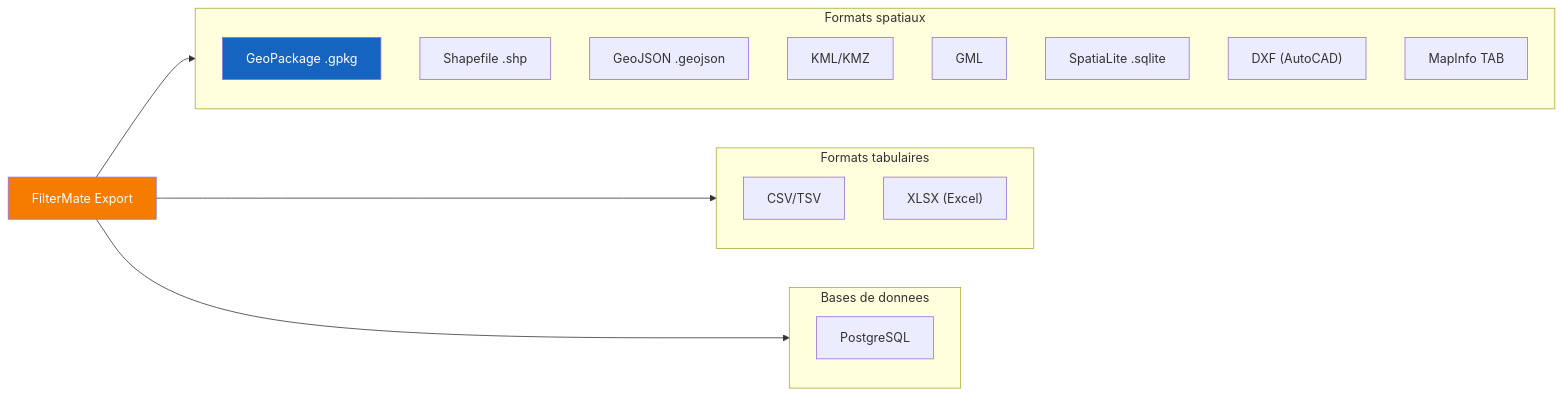
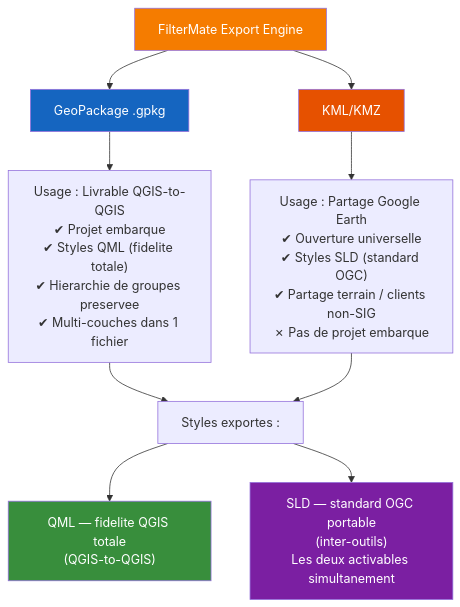
Before and after one commit to imagodata/filter_mate: diagram 12 of 23 in website/TUTORIAL_SERIES_AUDIT.md, drawn with Mermaid. The commit also changed other lines of this file and 10 other files, not shown here.

First line of the commit message:
Add 10 tutorial video scripts with 46 Mermaid diagrams (5997 lines)

````diff
--- a/website/TUTORIAL_SERIES_AUDIT.md
+++ b/website/TUTORIAL_SERIES_AUDIT.md
@@ -563,29 +615,23 @@
 ```mermaid
-graph LR
-    subgraph SPATIAL["Formats spatiaux"]
-        F1["GeoPackage .gpkg"]
-        F2["Shapefile .shp"]
-        F3["GeoJSON .geojson"]
-        F4["KML/KMZ"]
-        F5["GML"]
-        F6["SpatiaLite .sqlite"]
-        F7["DXF (AutoCAD)"]
-        F8["MapInfo TAB"]
-    end
+flowchart TD
+    EXPORT["FilterMate Export Engine"]
 
-    subgraph TABULAR["Formats tabulaires"]
-        F9["CSV/TSV"]
-        F10["XLSX (Excel)"]
-    end
+    EXPORT --> GPKG_PATH["GeoPackage .gpkg"]
+    EXPORT --> KML_PATH["KML/KMZ"]
 
-    subgraph DATABASE["Bases de donnees"]
-        F11["PostgreSQL"]
-    end
+    GPKG_PATH --> GPKG_USE["Usage : Livrable QGIS-to-QGIS<br/>✔ Projet embarque<br/>✔ Styles QML (fidelite totale)<br/>✔ Hierarchie de groupes preservee<br/>✔ Multi-couches dans 1 fichier"]
 
-    EXPORT["FilterMate Export"] --> SPATIAL
-    EXPORT --> TABULAR
-    EXPORT --> DATABASE
+    KML_PATH --> KML_USE["Usage : Partage Google Earth<br/>✔ Ouverture universelle<br/>✔ Styles SLD (standard OGC)<br/>✔ Partage terrain / clients non-SIG<br/>✗ Pas de projet embarque"]
 
-    style F1 fill:#1565C0,color:#fff
+    GPKG_USE --> STYLES["Styles exportes :"]
+    KML_USE --> STYLES
+
+    STYLES --> QML["QML — fidelite QGIS totale<br/>(QGIS-to-QGIS)"]
+    STYLES --> SLD["SLD — standard OGC portable<br/>(inter-outils)<br/>Les deux activables simultanement"]
+
+    style GPKG_PATH fill:#1565C0,color:#fff
+    style KML_PATH fill:#E65100,color:#fff
     style EXPORT fill:#F57C00,color:#fff
+    style QML fill:#388E3C,color:#fff
+    style SLD fill:#7B1FA2,color:#fff
 ```
````
